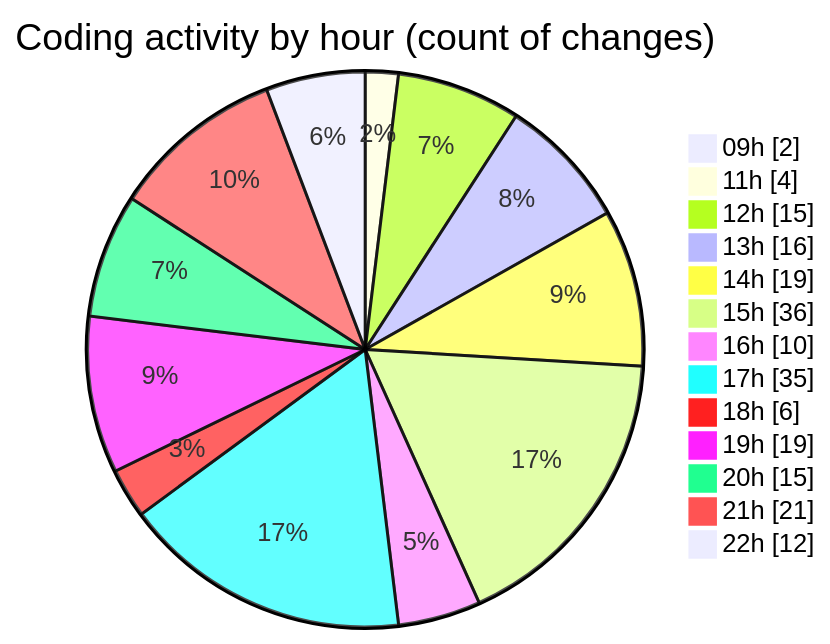
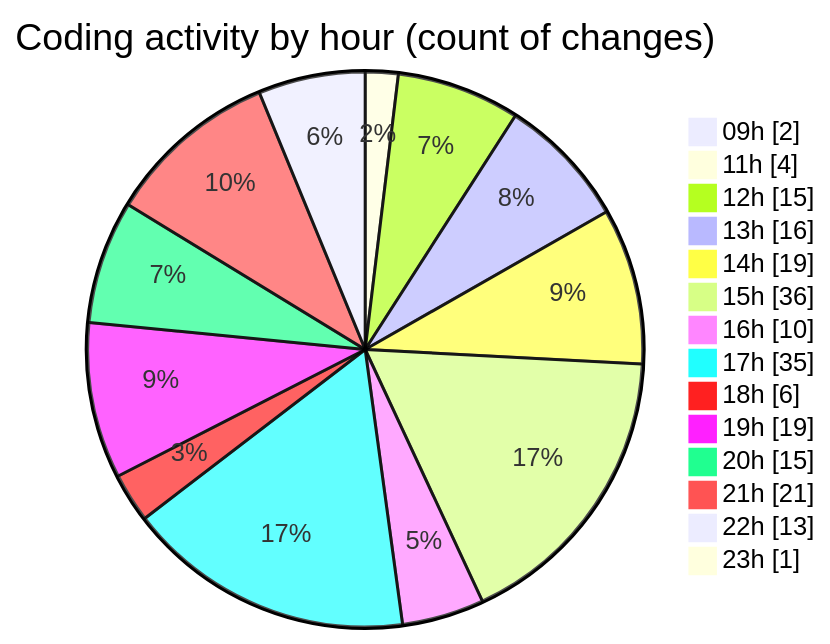
The second of 2 diagrams in 2025-04-30/niten/README.md (Elitesun/code-tracking), drawn with Mermaid before and after one commit. The commit also changed other lines of this file and 1 other file, not shown here.

````diff
--- a/2025-04-30/niten/README.md
+++ b/2025-04-30/niten/README.md
@@ -84,17 +84,18 @@
 ```mermaid
 pie showData
 title Coding activity by hour (count of changes)
 "09h" : 2
 "11h" : 4
 "12h" : 15
 "13h" : 16
 "14h" : 19
 "15h" : 36
 "16h" : 10
 "17h" : 35
 "18h" : 6
 "19h" : 19
 "20h" : 15
 "21h" : 21
-"22h" : 12
+"22h" : 13
+"23h" : 1
 ```
````
